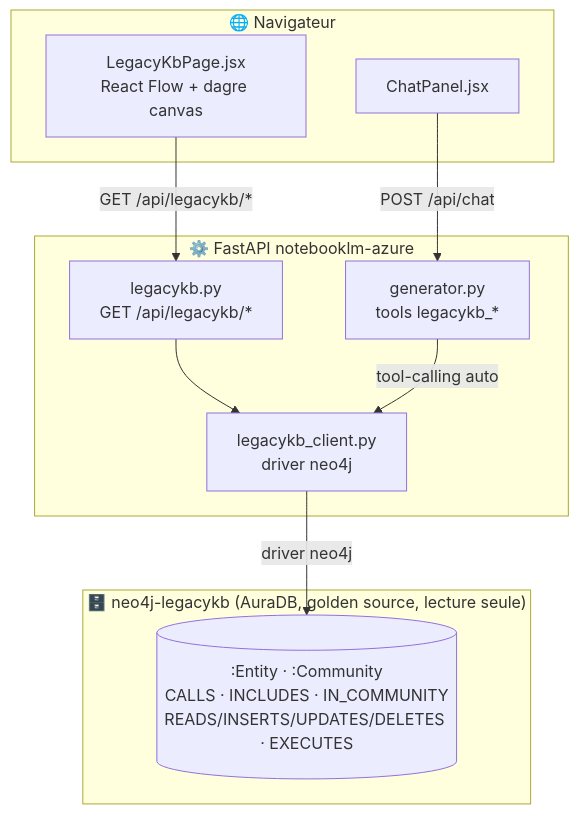
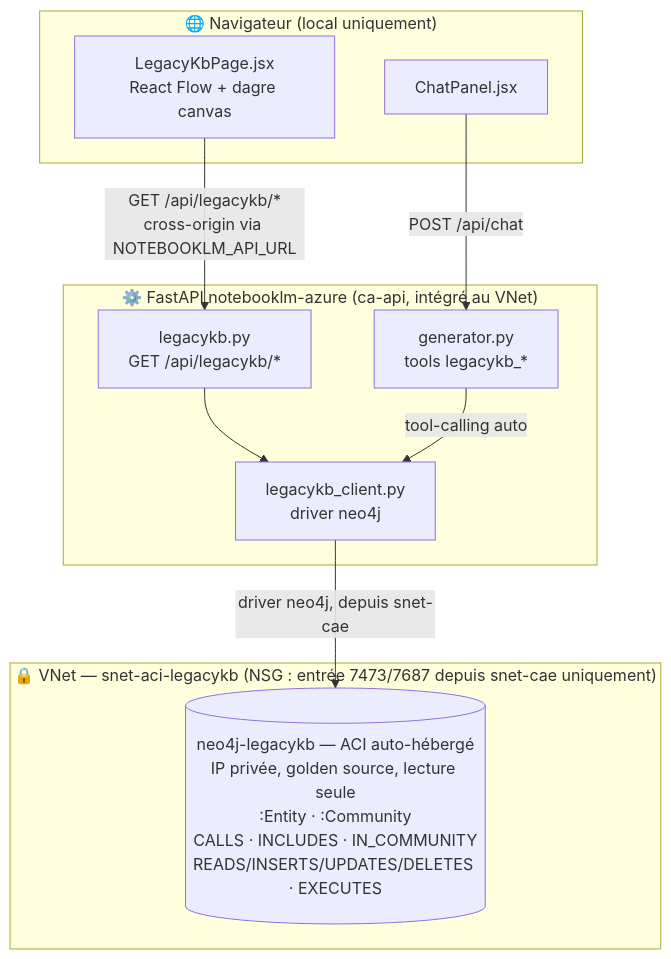
Before and after one commit to vgicquiau/notebooklm-azure: diagram 14 of 15 in ARCHITECTURE.md, drawn with Mermaid. The commit also changed other lines of this file and 21 other files, not shown here.

````diff
--- a/ARCHITECTURE.md
+++ b/ARCHITECTURE.md
@@ -1430,23 +1471,23 @@
 ```mermaid
 flowchart TB
-    subgraph browser["🌐 Navigateur"]
+    subgraph browser["🌐 Navigateur (local uniquement)"]
         LKB[LegacyKbPage.jsx\nReact Flow + dagre canvas]
         CHAT[ChatPanel.jsx]
     end
 
-    subgraph api["⚙️ FastAPI notebooklm-azure"]
+    subgraph api["⚙️ FastAPI notebooklm-azure (ca-api, intégré au VNet)"]
         ROUTER[legacykb.py\nGET /api/legacykb/*]
         GEN[generator.py\ntools legacykb_*]
         CLIENT[legacykb_client.py\ndriver neo4j]
     end
 
-    subgraph store["🗄️ neo4j-legacykb (AuraDB, golden source, lecture seule)"]
-        NEO[(:Entity · :Community\nCALLS · INCLUDES · IN_COMMUNITY\nREADS/INSERTS/UPDATES/DELETES · EXECUTES)]
+    subgraph vnet["🔒 VNet — snet-aci-legacykb (NSG : entrée 7473/7687 depuis snet-cae uniquement)"]
+        NEO[(neo4j-legacykb — ACI auto-hébergé\nIP privée, golden source, lecture seule\n:Entity · :Community\nCALLS · INCLUDES · IN_COMMUNITY\nREADS/INSERTS/UPDATES/DELETES · EXECUTES)]
     end
 
-    LKB -->|GET /api/legacykb/*| ROUTER
+    LKB -->|GET /api/legacykb/*\ncross-origin via NOTEBOOKLM_API_URL| ROUTER
     CHAT -->|POST /api/chat| GEN
     ROUTER --> CLIENT
     GEN -->|tool-calling auto| CLIENT
-    CLIENT -->|driver neo4j| NEO
+    CLIENT -->|driver neo4j, depuis snet-cae| NEO
 ```
````
